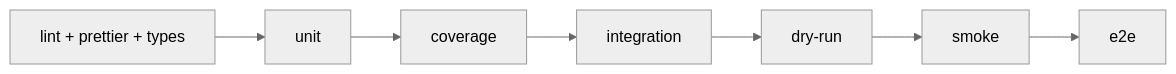
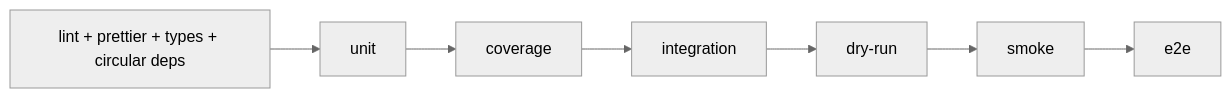
One commit to budwol/aboutme.app changed the diagram in README.md. Above: the diagram before and after it, drawn with Mermaid (neutral theme). The commit also changed other lines of this file and 271 other files, not shown here.

Commit message:
:recycle: Align architecture, security, and naming conventions

````diff
--- a/README.md
+++ b/README.md
@@ -342,9 +343,9 @@
 ```mermaid
 flowchart LR
-  A["lint + prettier + types"] --> B["unit"]
+  A["lint + prettier + types + circular deps"] --> B["unit"]
   B --> C["coverage"]
   C --> D["integration"]
   D --> E["dry-run"]
   E --> F["smoke"]
   F --> G["e2e"]
 ```
````
